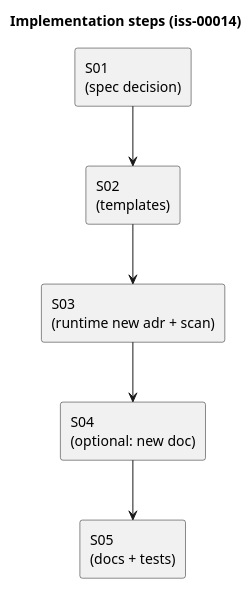
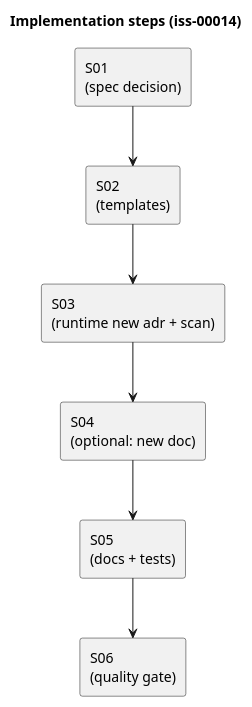
Before and after one commit to chemitaro/spec-dock: the diagram in spec-deps/current/plan.md, drawn with PlantUML. The commit also changed other lines of this file and 2 other files, not shown here.

````diff
--- a/spec-deps/current/plan.md
+++ b/spec-deps/current/plan.md
@@ -30,17 +39,19 @@
 ```plantuml
 @startuml
 skinparam monochrome true
 title Implementation steps (iss-00014)
 
 rectangle "S01\n(spec decision)" as S01
 rectangle "S02\n(templates)" as S02
 rectangle "S03\n(runtime new adr + scan)" as S03
 rectangle "S04\n(optional: new doc)" as S04
 rectangle "S05\n(docs + tests)" as S05
+rectangle "S06\n(quality gate)" as S06
 
 S01 --> S02
 S02 --> S03
 S03 --> S04
 S04 --> S05
+S05 --> S06
 @enduml
 ```
````
